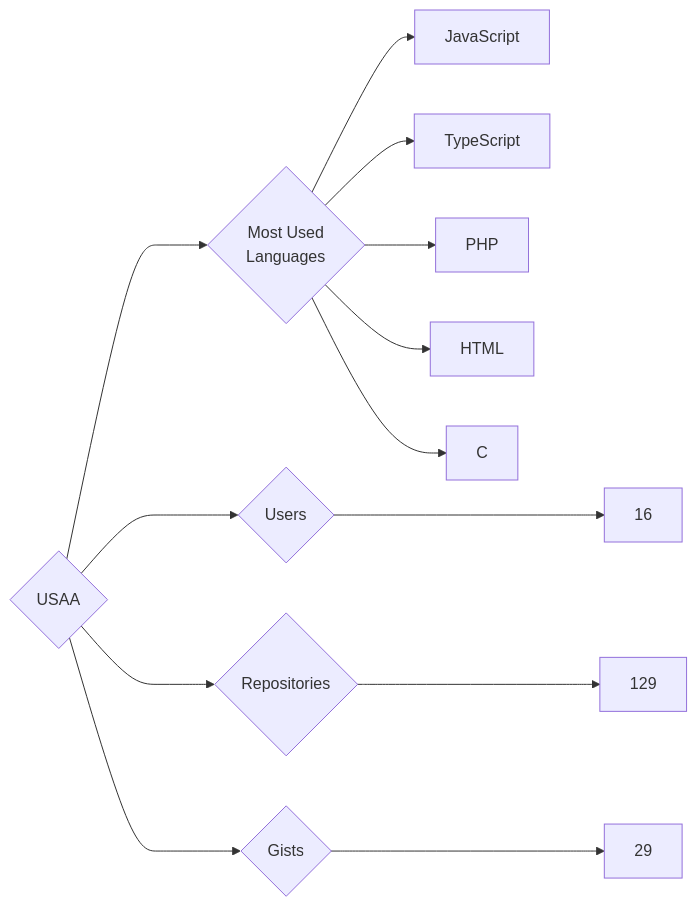
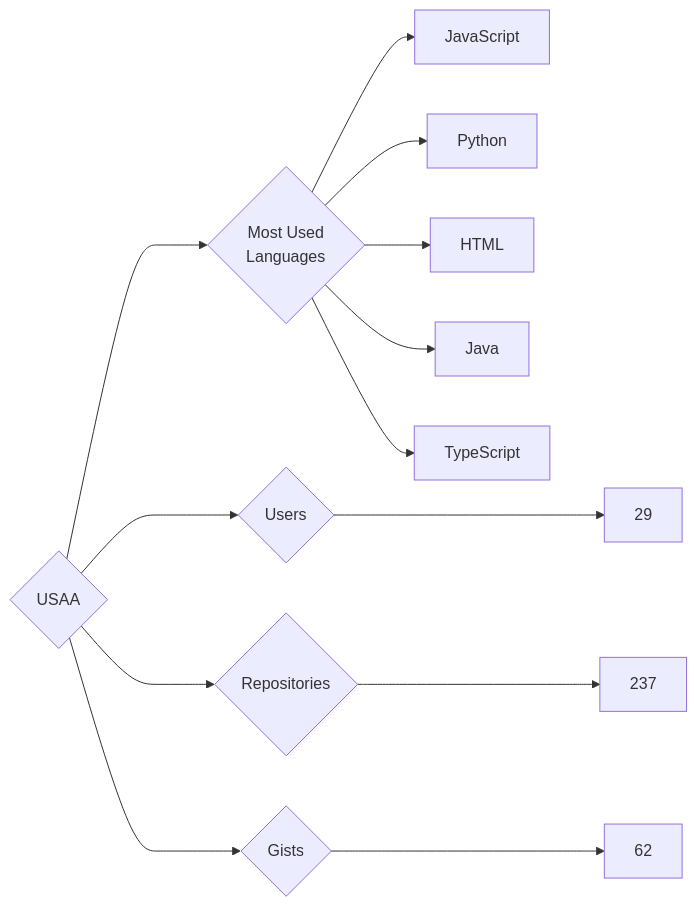
Before and after one commit to trickest/insiders: the diagram in targets/USAA/README.md, drawn with Mermaid. The commit also changed 953 other files, not shown here.

````diff
--- a/targets/USAA/README.md
+++ b/targets/USAA/README.md
@@ -3,13 +3,13 @@
 ```mermaid
 graph LR
 COMPANY_NAME{USAA}
-COMPANY_NAME ---> U{Users} ---> UN[16]
-COMPANY_NAME ---> R{Repositories} ---> RN[129]
-COMPANY_NAME ---> G{Gists} ---> GN[29]
+COMPANY_NAME ---> U{Users} ---> UN[29]
+COMPANY_NAME ---> R{Repositories} ---> RN[237]
+COMPANY_NAME ---> G{Gists} ---> GN[62]
 COMPANY_NAME ---> ML{Most Used<br>Languages}
 ML --> JavaScript[JavaScript]
+ML --> Python[Python]
+ML --> HTML[HTML]
+ML --> Java[Java]
 ML --> TypeScript[TypeScript]
-ML --> PHP[PHP]
-ML --> HTML[HTML]
-ML --> C[C]
 ```
````
